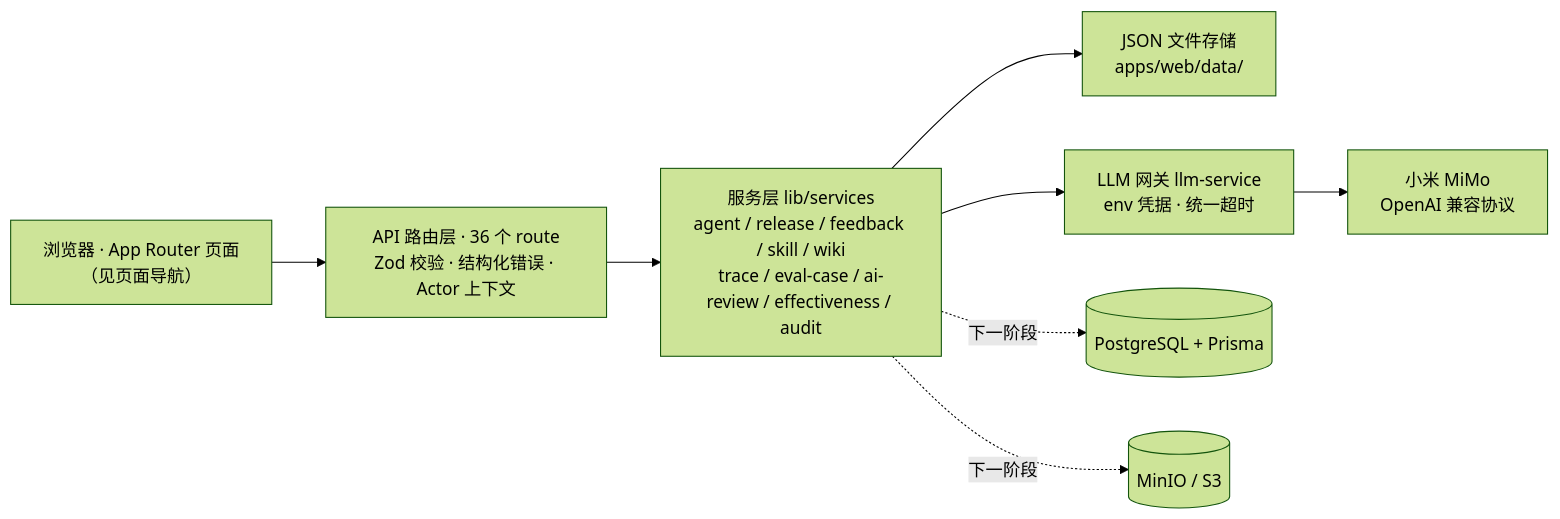
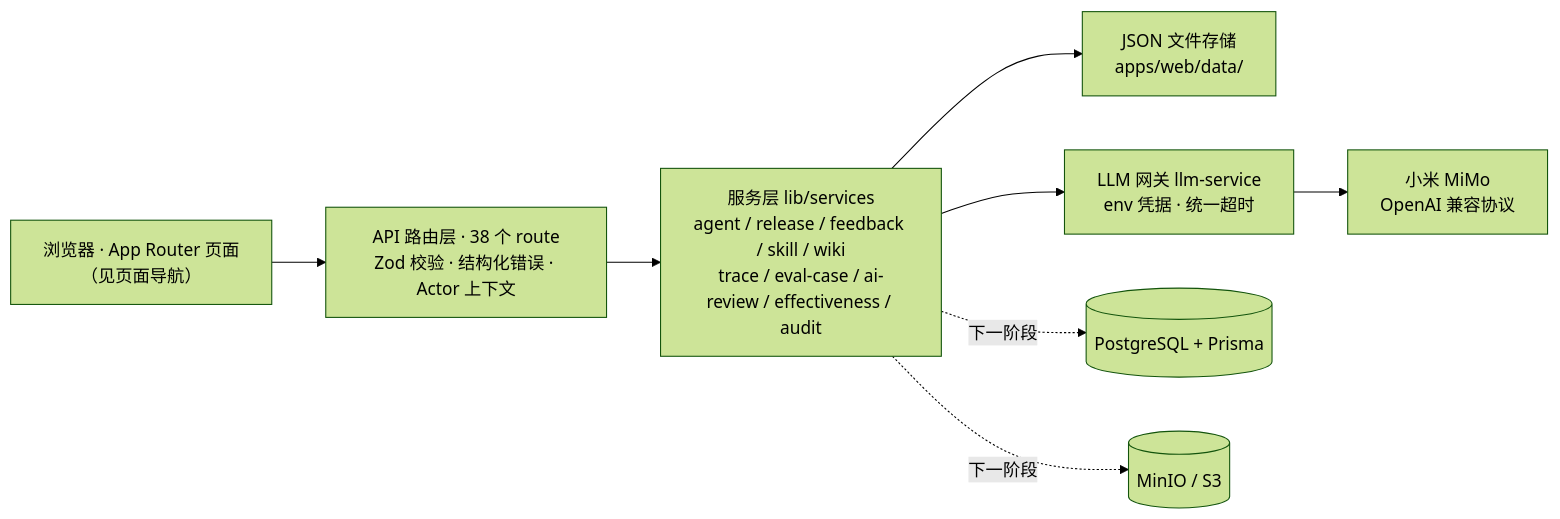
The first of 2 diagrams in README.md (ai-guru-global/agent-up), drawn with Mermaid (forest theme) before and after one commit. The commit also changed other lines of this file and 22 other files, not shown here.

First line of the commit message:
docs: 同步 R5 口径（279 测试 / 38 route / 29 schema / 113 API 集成）

````diff
--- a/README.md
+++ b/README.md
@@ -142,10 +143,10 @@
 ```mermaid
 flowchart LR
-    P["浏览器 · App Router 页面<br/>（见页面导航）"] --> A["API 路由层 · 36 个 route<br/>Zod 校验 · 结构化错误 · Actor 上下文"]
+    P["浏览器 · App Router 页面<br/>（见页面导航）"] --> A["API 路由层 · 38 个 route<br/>Zod 校验 · 结构化错误 · Actor 上下文"]
     A --> S["服务层 lib/services<br/>agent / release / feedback / skill / wiki<br/>trace / eval-case / ai-review / effectiveness / audit"]
     S --> D["JSON 文件存储<br/>apps/web/data/"]
     S --> L["LLM 网关 llm-service<br/>env 凭据 · 统一超时"]
     L --> M["小米 MiMo<br/>OpenAI 兼容协议"]
     S -. 下一阶段 .-> DB[("PostgreSQL + Prisma")]
     S -. 下一阶段 .-> O[("MinIO / S3")]
 ```
````
